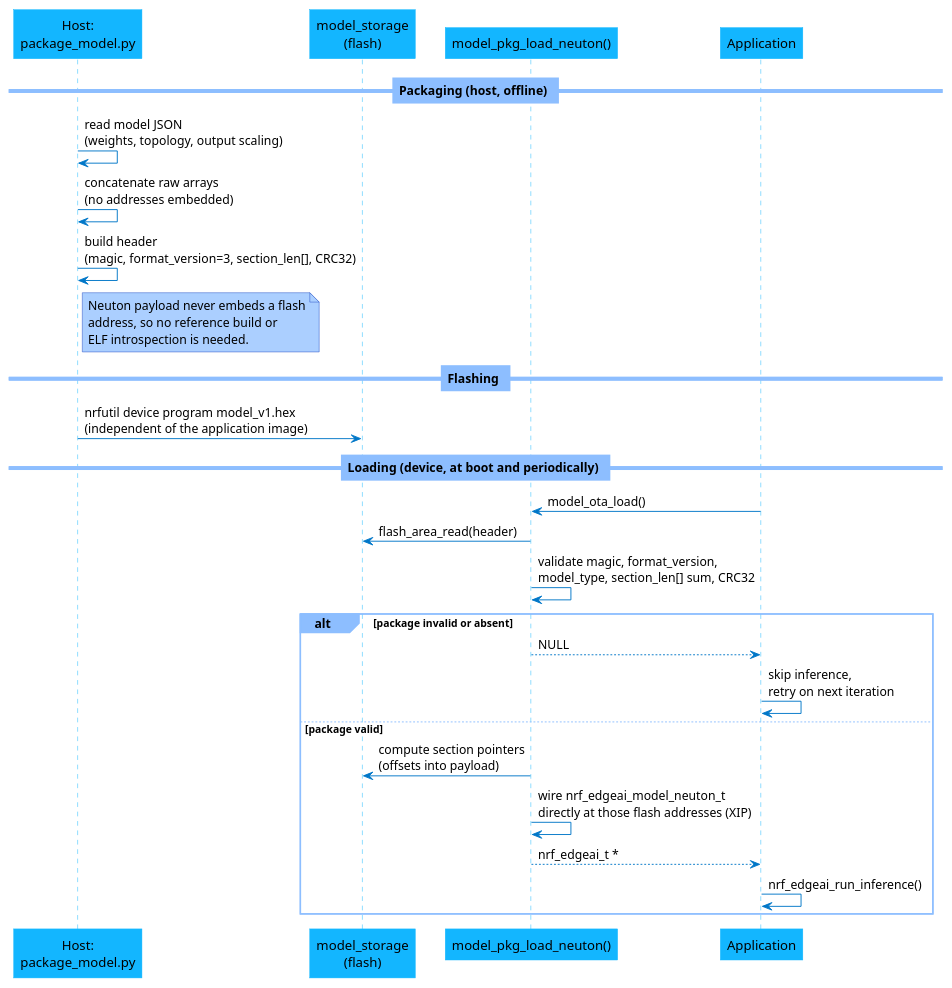
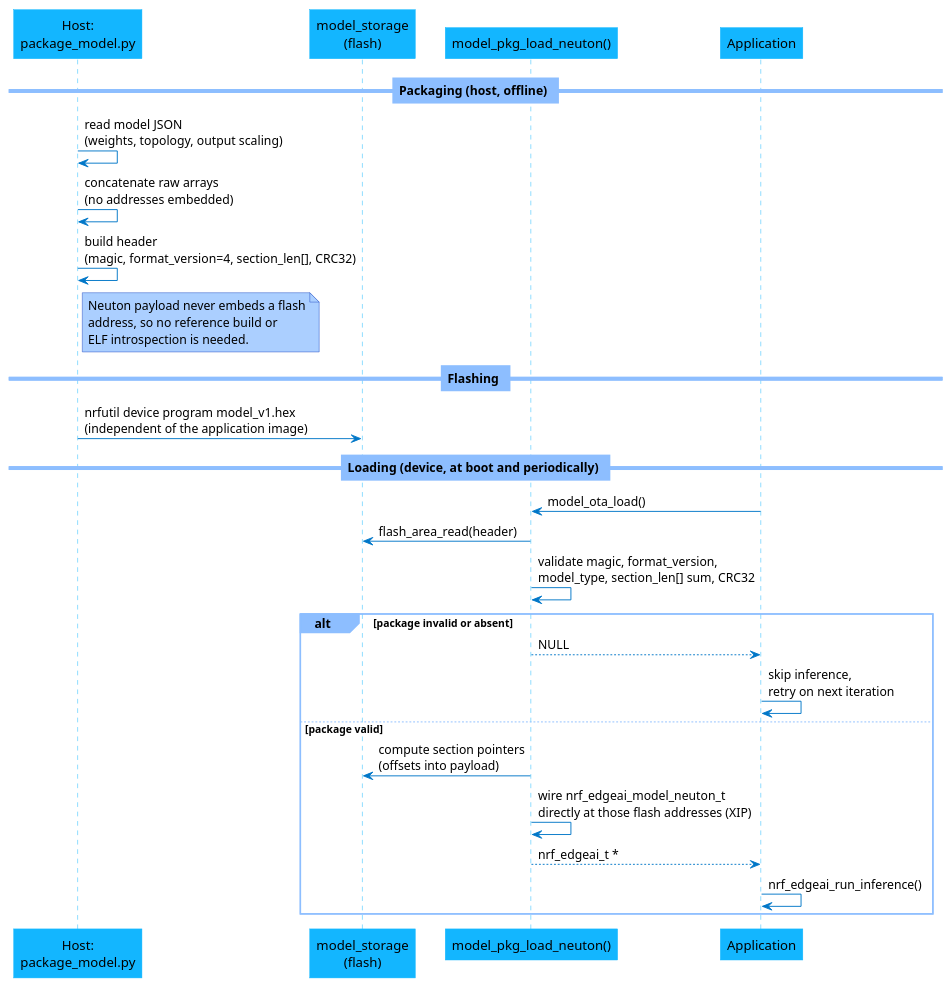
The second of 3 diagrams in doc/libraries/model_ota.rst (nrfconnect/sdk-edge-ai), drawn with PlantUML before and after one commit. The commit also changed other lines of this file and 8 other files, not shown here.

```diff
--- a/doc/libraries/model_ota.rst
+++ b/doc/libraries/model_ota.rst
@@ -151,62 +151,62 @@
 .. uml::
    :caption: Neuton packaging and loading. No addresses are embedded in the payload, so packaging needs no reference build or ELF introspection.
 
    skinparam shadowing false
    skinparam roundcorner 0
    skinparam backgroundColor #FFFFFF
    skinparam ArrowColor #0077C8
    skinparam sequenceArrowThickness 1
 
    skinparam sequence {
      DividerBackgroundColor #8DBEFF
      DividerBorderColor #8DBEFF
      LifeLineBackgroundColor #13B6FF
      LifeLineBorderColor #13B6FF
      ParticipantBackgroundColor #13B6FF
      ParticipantBorderColor #13B6FF
      BoxBackgroundColor #C1E8FF
      BoxBorderColor #C1E8FF
      GroupBackgroundColor #8DBEFF
      GroupBorderColor #8DBEFF
    }
 
    skinparam note {
      BackgroundColor #ABCFFF
      BorderColor #2149C2
      Shadowing false
    }
 
    participant "Host:\npackage_model.py" as Host
    participant "model_storage\n(flash)" as Flash
    participant "model_pkg_load_neuton()" as Loader
    participant "Application" as App
 
    == Packaging (host, offline) ==
 
    Host -> Host : read model JSON\n(weights, topology, output scaling)
    Host -> Host : concatenate raw arrays\n(no addresses embedded)
-   Host -> Host : build header\n(magic, format_version=3, section_len[], CRC32)
+   Host -> Host : build header\n(magic, format_version=4, section_len[], CRC32)
    note right of Host
      Neuton payload never embeds a flash
      address, so no reference build or
      ELF introspection is needed.
    end note
 
    == Flashing ==
 
    Host -> Flash : nrfutil device program model_v1.hex\n(independent of the application image)
 
    == Loading (device, at boot and periodically) ==
 
    App -> Loader : model_ota_load()
    Loader -> Flash : flash_area_read(header)
    Loader -> Loader : validate magic, format_version,\nmodel_type, section_len[] sum, CRC32
    alt package invalid or absent
      Loader --> App : NULL
      App -> App : skip inference,\nretry on next iteration
    else package valid
      Loader -> Flash : compute section pointers\n(offsets into payload)
      Loader -> Loader : wire nrf_edgeai_model_neuton_t\ndirectly at those flash addresses (XIP)
      Loader --> App : nrf_edgeai_t *
      App -> App : nrf_edgeai_run_inference()
    end
```
